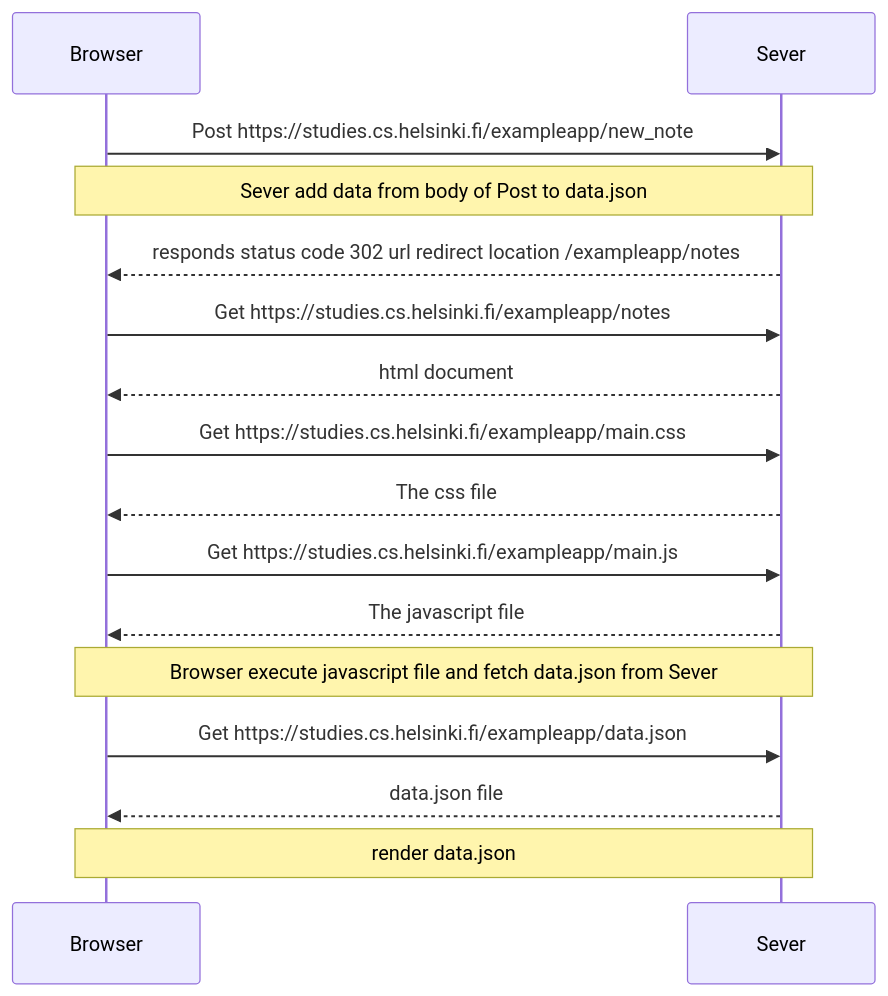
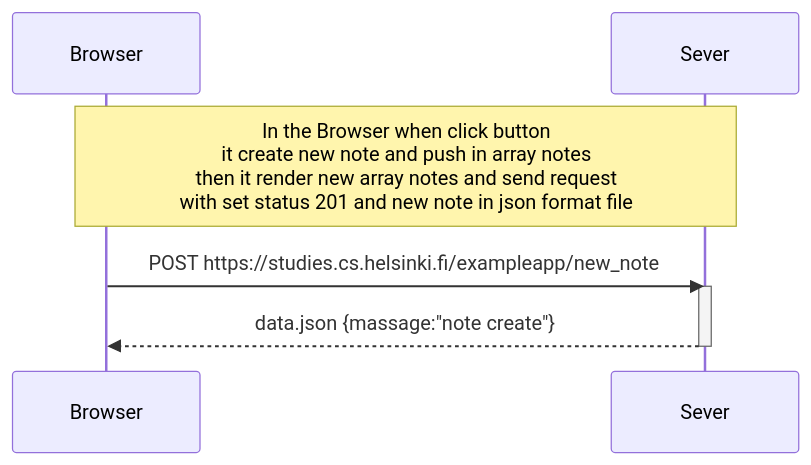
Before and after one commit to suttipo/part0: the diagram in newnote_in_spa _diagram/newnotediagram.mmd, drawn with Mermaid.

Commit message:
copy content

```diff
--- a/newnote_in_spa _diagram/newnotediagram.mmd
+++ b/newnote_in_spa _diagram/newnotediagram.mmd
@@ -1,19 +1,9 @@
-%% Post https://studies.cs.helsinki.fi/exampleapp/new_note
 sequenceDiagram
-participant Browser
-participant Sever
+    participant Browser
+    participant Sever
 
-Browser ->> Sever : Post  https://studies.cs.helsinki.fi/exampleapp/new_note
-Note over Browser,Sever: Sever add data from body of Post to data.json
-Sever -->> Browser : responds status code 302 url redirect location /exampleapp/notes
-
-Browser ->> Sever : Get https://studies.cs.helsinki.fi/exampleapp/notes
-Sever -->> Browser : html document
-Browser ->> Sever : Get https://studies.cs.helsinki.fi/exampleapp/main.css
-Sever -->> Browser : The css file 
-Browser ->> Sever : Get https://studies.cs.helsinki.fi/exampleapp/main.js
-Sever -->> Browser : The javascript file 
-Note over Browser,Sever: Browser execute javascript file and fetch data.json from Sever
-Browser  ->> Sever: Get https://studies.cs.helsinki.fi/exampleapp/data.json
-Sever -->> Browser: data.json file
-Note over Browser,Sever: render data.json
+    Note over Browser,Sever :In the Browser when click button<br> it create new note and push in array notes <br>then it render new array notes and send request <br> with set status 201 and new note in json format file
+    Browser ->> Sever: POST https://studies.cs.helsinki.fi/exampleapp/new_note
+    activate Sever
+    Sever -->> Browser: data.json {massage:"note create"}
+    deactivate Sever
```
